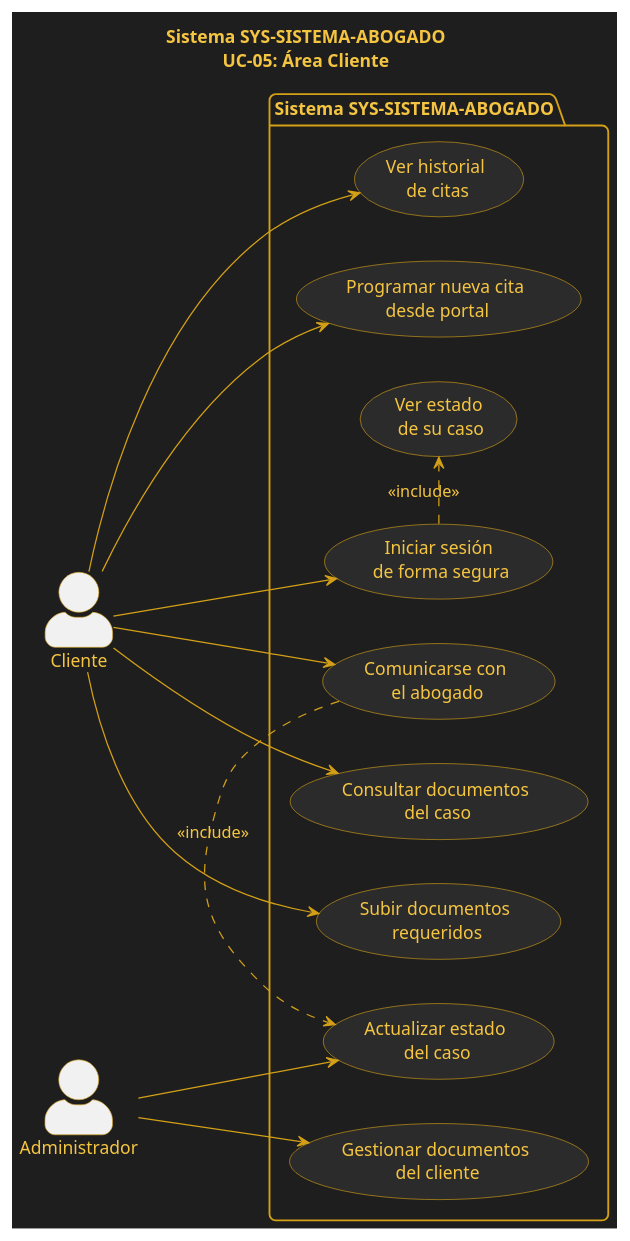
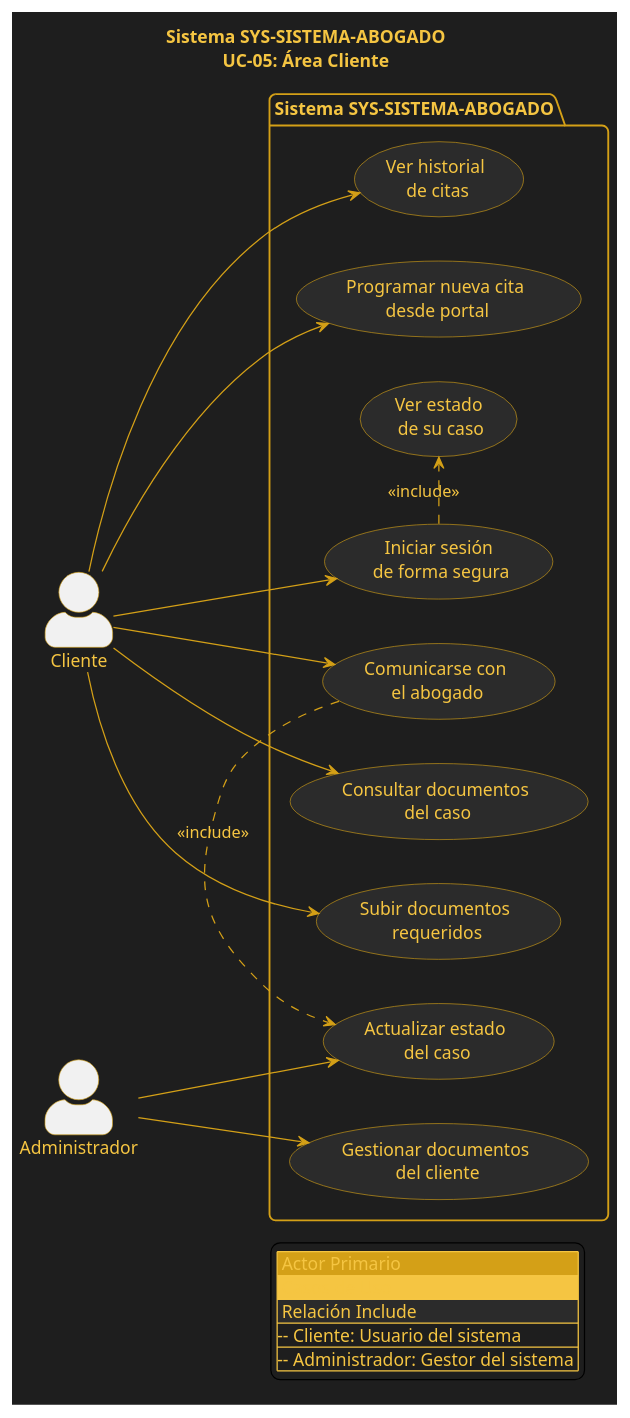
One commit to OscarBuildsBv/SYS_CANDIDATO_DOC changed the diagram in UML/casos-de-uso/caso-uso-area-cliente.puml. Above: the diagram before and after it, drawn with PlantUML. The commit also changed 4 other files, not shown here.

```diff
--- a/UML/casos-de-uso/caso-uso-area-cliente.puml
+++ b/UML/casos-de-uso/caso-uso-area-cliente.puml
@@ -1,63 +1,71 @@
 @startuml Modulo_05_Area_Cliente
 title Sistema SYS-SISTEMA-ABOGADO\nUC-05: Área Cliente
 
 left to right direction
 
 skinparam backgroundColor #1E1E1E
 skinparam packageStyle folder
 skinparam shadowing false
 skinparam actorStyle awesome
 
 skinparam package {
     BackgroundColor #1E1E1E
     BorderColor #D4A017
     RoundColor #D4A017
     RoundCorner 10
 }
 
 skinparam usecase {
     BackgroundColor #2B2B2B
     BorderColor #D4A017
     FontColor #F5C542
     ArrowColor #D4A017
 }
 
 skinparam actor {
     FontColor #F5C542
     BorderColor #D4A017
 }
 
 skinparam ArrowColor #D4A017
 skinparam defaultFontColor #F5C542
 
 actor "Cliente" as C
 actor "Administrador" as A
 
 package "Sistema SYS-SISTEMA-ABOGADO" {
 
     usecase "Iniciar sesión\n de forma segura" as UC1
     usecase "Ver estado\n de su caso" as UC2
     usecase "Consultar documentos\n del caso" as UC3
     usecase "Subir documentos\n requeridos" as UC4
     usecase "Comunicarse con\n el abogado" as UC5
     usecase "Ver historial\n de citas" as UC6
     usecase "Programar nueva cita\n desde portal" as UC7
     usecase "Gestionar documentos\n del cliente" as UC8
     usecase "Actualizar estado\n del caso" as UC9
 
 }
 
 C --> UC1
 C --> UC3
 C --> UC4
 C --> UC5
 C --> UC6
 C --> UC7
 
 A --> UC8
 A --> UC9
 
 UC1 .> UC2 : <<include>>
 UC5 .> UC9 : <<include>>
 
+legend right
+  |<#D4A017> Actor Primario |
+  |<#F5C542> Casos de Uso |
+  |<#2B2B2B> Relación Include |
+  |-- Cliente: Usuario del sistema |
+  |-- Administrador: Gestor del sistema |
+endlegend
+
 @enduml
```
